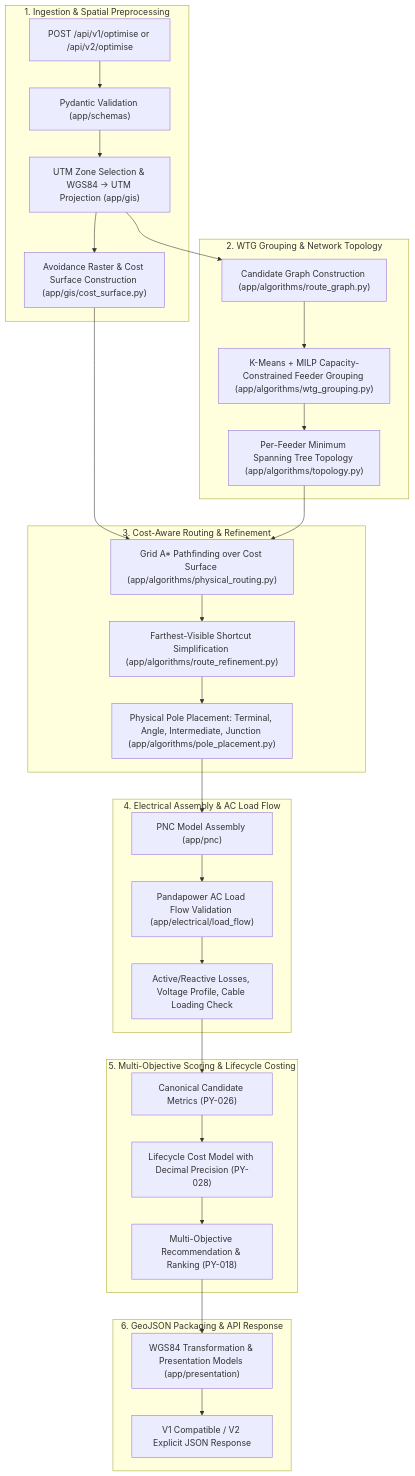
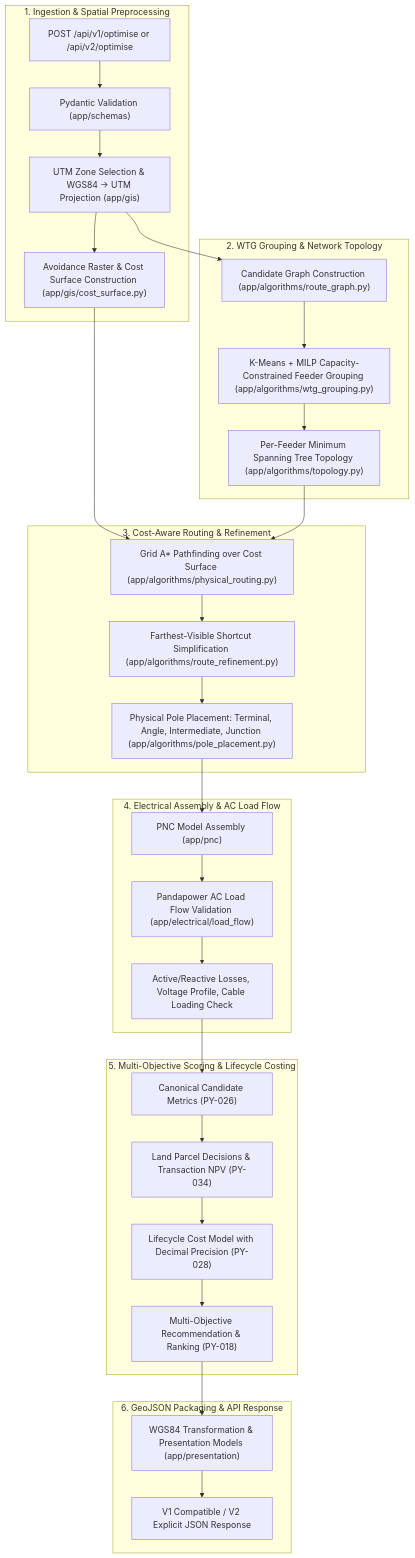
Before and after one commit to cookedaryan/surge: the diagram in obsidian-vault/04-architecture/Python Engine.md, drawn with Mermaid. The commit also changed other lines of this file and 9 other files, not shown here.

````diff
--- a/obsidian-vault/04-architecture/Python Engine.md
+++ b/obsidian-vault/04-architecture/Python Engine.md
@@ -6,46 +6,47 @@
 ```mermaid
 graph TD
     subgraph Ingestion["1. Ingestion & Spatial Preprocessing"]
         Request["POST /api/v1/optimise or /api/v2/optimise"]
         Validator["Pydantic Validation (app/schemas)"]
         CRS["UTM Zone Selection & WGS84 -> UTM Projection (app/gis)"]
         CostSurf["Avoidance Raster & Cost Surface Construction (app/gis/cost_surface.py)"]
     end
 
     subgraph Clustering["2. WTG Grouping & Network Topology"]
         CompleteGraph["Candidate Graph Construction (app/algorithms/route_graph.py)"]
         MILP["K-Means + MILP Capacity-Constrained Feeder Grouping (app/algorithms/wtg_grouping.py)"]
         MST["Per-Feeder Minimum Spanning Tree Topology (app/algorithms/topology.py)"]
     end
 
     subgraph SpatialRouting["3. Cost-Aware Routing & Refinement"]
         AStar["Grid A* Pathfinding over Cost Surface (app/algorithms/physical_routing.py)"]
         Shortcut["Farthest-Visible Shortcut Simplification (app/algorithms/route_refinement.py)"]
         Poles["Physical Pole Placement: Terminal, Angle, Intermediate, Junction (app/algorithms/pole_placement.py)"]
     end
 
     subgraph ElectricalEval["4. Electrical Assembly & AC Load Flow"]
         PncAssembly["PNC Model Assembly (app/pnc)"]
         Pandapower["Pandapower AC Load Flow Validation (app/electrical/load_flow)"]
         Losses["Active/Reactive Losses, Voltage Profile, Cable Loading Check"]
     end
 
     subgraph ScoringCosting["5. Multi-Objective Scoring & Lifecycle Costing"]
         PY026["Canonical Candidate Metrics (PY-026)"]
+        PY034["Land Parcel Decisions & Transaction NPV (PY-034)"]
         PY028["Lifecycle Cost Model with Decimal Precision (PY-028)"]
         PY018["Multi-Objective Recommendation & Ranking (PY-018)"]
     end
 
     subgraph Packaging["6. GeoJSON Packaging & API Response"]
         Presentation["WGS84 Transformation & Presentation Models (app/presentation)"]
         V1V2Out["V1 Compatible / V2 Explicit JSON Response"]
     end
 
     Request --> Validator --> CRS --> CostSurf
     CRS --> CompleteGraph --> MILP --> MST
     CostSurf --> AStar
     MST --> AStar --> Shortcut --> Poles
     Poles --> PncAssembly
     PncAssembly --> Pandapower --> Losses
-    Losses --> PY026 --> PY028 --> PY018 --> Presentation --> V1V2Out
+    Losses --> PY026 --> PY034 --> PY028 --> PY018 --> Presentation --> V1V2Out
 ```
````
